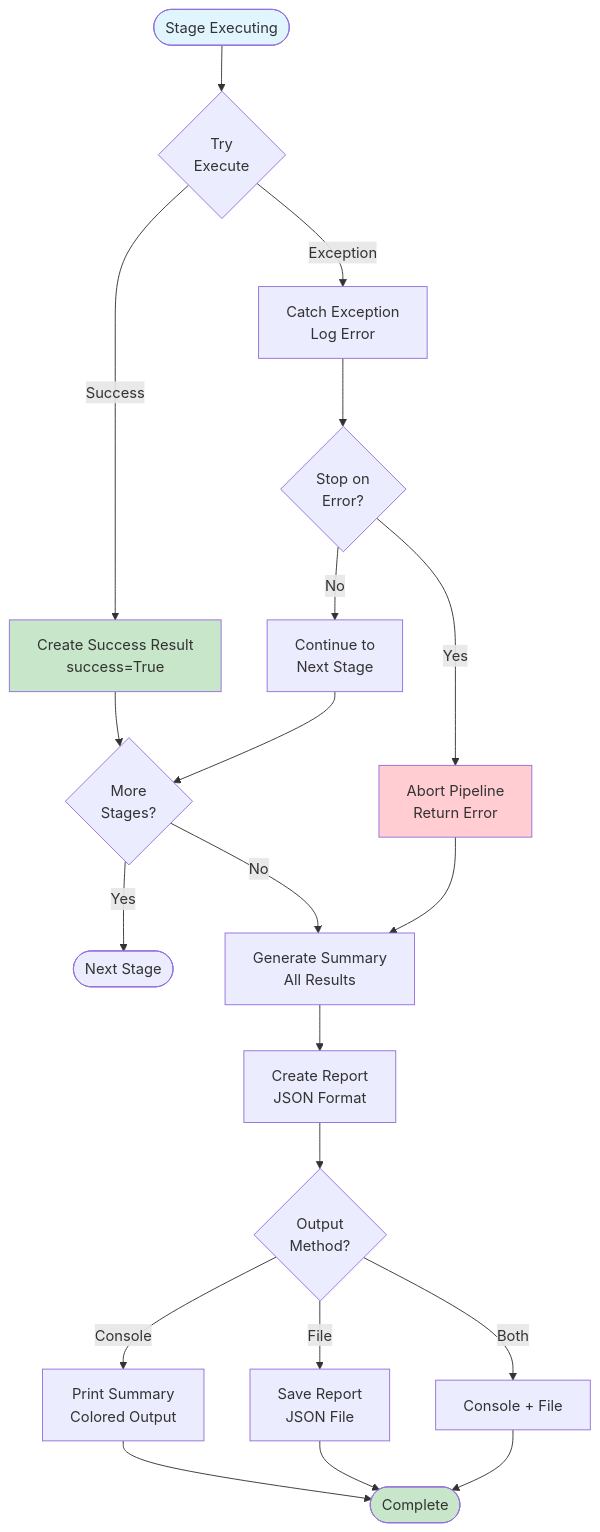
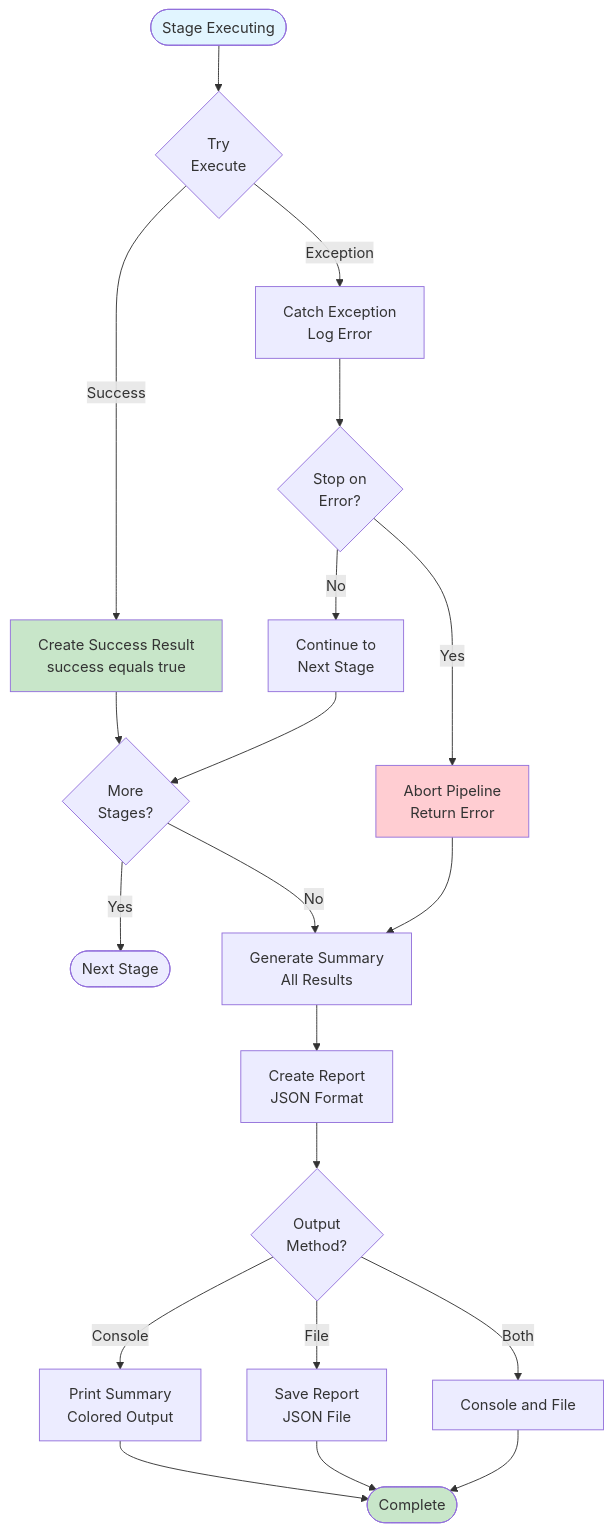
Before and after one commit to thomashollier/ded-pipe: the ninth of 9 diagrams in FLOWCHARTS.md, drawn with Mermaid. The commit also changed other lines of this file, not shown here.

````diff
--- a/FLOWCHARTS.md
+++ b/FLOWCHARTS.md
@@ -484,39 +485,39 @@
 ```mermaid
 graph TB
     Stage([Stage Executing]) --> Try{Try<br/>Execute}
     
-    Try -->|Success| Result[Create Success Result<br/>success=True]
-    Try -->|Exception| Catch[Catch Exception<br/>Log Error]
+    Try -->|Success| Result["Create Success Result<br/>success equals true"]
+    Try -->|Exception| Catch["Catch Exception<br/>Log Error"]
     
     Catch --> StopError{Stop on<br/>Error?}
     
-    StopError -->|Yes| Abort[Abort Pipeline<br/>Return Error]
-    StopError -->|No| Continue[Continue to<br/>Next Stage]
+    StopError -->|Yes| Abort["Abort Pipeline<br/>Return Error"]
+    StopError -->|No| Continue["Continue to<br/>Next Stage"]
     
     Result --> Next
     Continue --> Next
     
     Next{More<br/>Stages?}
     
     Next -->|Yes| NextStage([Next Stage])
-    Next -->|No| Summary[Generate Summary<br/>All Results]
+    Next -->|No| Summary["Generate Summary<br/>All Results"]
     
     Abort --> Summary
     
-    Summary --> Report[Create Report<br/>JSON Format]
+    Summary --> Report["Create Report<br/>JSON Format"]
     
     Report --> Output{Output<br/>Method?}
     
-    Output -->|Console| Console[Print Summary<br/>Colored Output]
-    Output -->|File| File[Save Report<br/>JSON File]
-    Output -->|Both| Both[Console + File]
+    Output -->|Console| Console["Print Summary<br/>Colored Output"]
+    Output -->|File| File["Save Report<br/>JSON File"]
+    Output -->|Both| Both["Console and File"]
     
     Console --> End([Complete])
     File --> End
     Both --> End
     
     style Stage fill:#e1f5ff
     style End fill:#c8e6c9
     style Abort fill:#ffcdd2
     style Result fill:#c8e6c9
 ```
````
